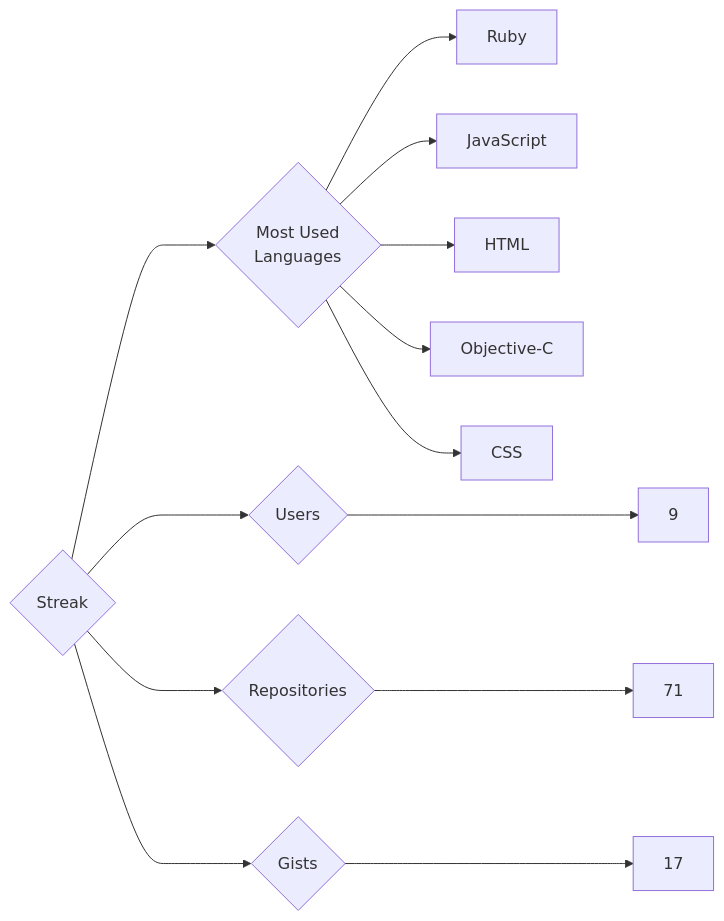
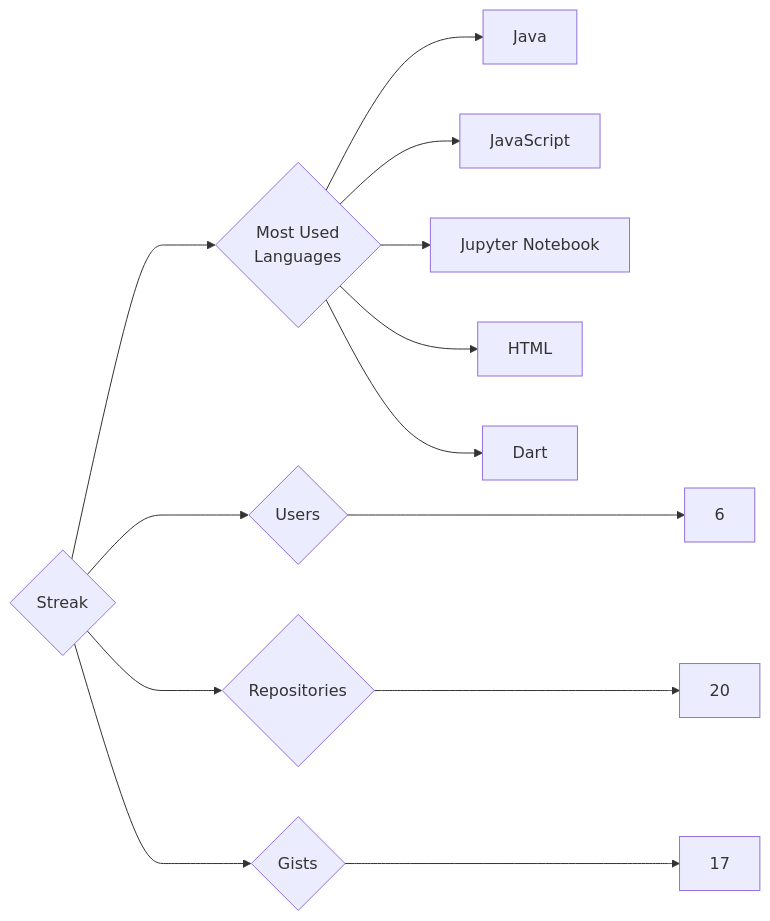
One commit to trickest/insiders changed the diagram in targets/Streak/README.md. Above: the diagram before and after it, drawn with Mermaid. The commit also changed 794 other files, not shown here.

````diff
--- a/targets/Streak/README.md
+++ b/targets/Streak/README.md
@@ -3,13 +3,13 @@
 ```mermaid
 graph LR
 COMPANY_NAME{Streak}
-COMPANY_NAME ---> U{Users} ---> UN[9]
-COMPANY_NAME ---> R{Repositories} ---> RN[71]
+COMPANY_NAME ---> U{Users} ---> UN[6]
+COMPANY_NAME ---> R{Repositories} ---> RN[20]
 COMPANY_NAME ---> G{Gists} ---> GN[17]
 COMPANY_NAME ---> ML{Most Used<br>Languages}
-ML --> Ruby[Ruby]
+ML --> Java[Java]
 ML --> JavaScript[JavaScript]
+ML --> Jupyter_Notebook[Jupyter Notebook]
 ML --> HTML[HTML]
-ML --> Objective-C[Objective-C]
-ML --> CSS[CSS]
+ML --> Dart[Dart]
 ```
````
